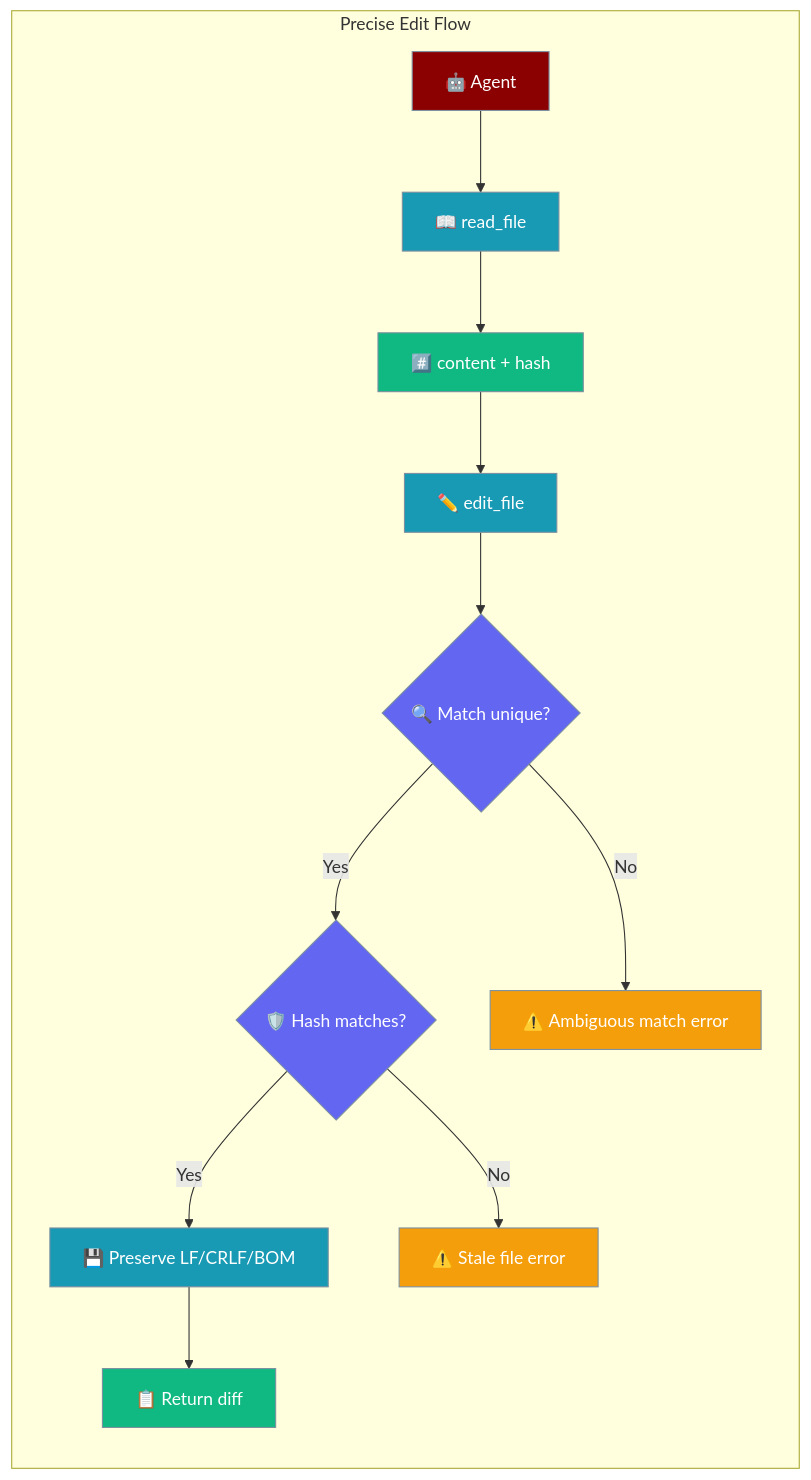
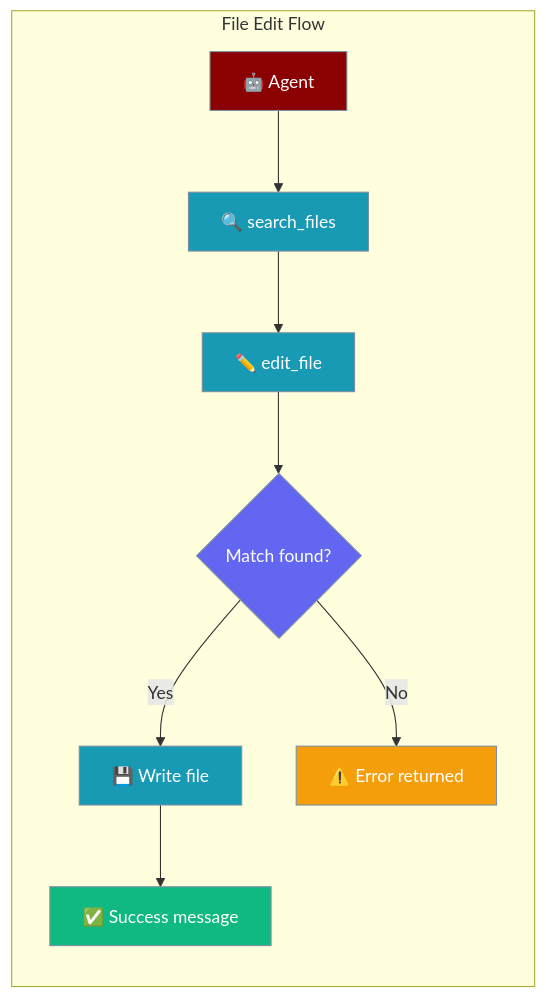
One commit to MervinPraison/PraisonAIDocs changed the first of 2 diagrams in docs/features/file-editing.mdx. Above: the diagram before and after it, drawn with Mermaid. The commit also changed other lines of this file, not shown here.

First line of the commit message:
docs: correct file-editing.mdx to match actual SDK (fixes #666)

````diff
--- a/docs/features/file-editing.mdx
+++ b/docs/features/file-editing.mdx
@@ -10,26 +10,23 @@
 ```mermaid
 graph LR
-    subgraph "Precise Edit Flow"
-        A[🤖 Agent] --> R[📖 read_file]
-        R --> H[#️⃣ content + hash]
-        H --> E[✏️ edit_file]
-        E --> C{🔍 Match unique?}
-        C -->|Yes| HC{🛡️ Hash matches?}
-        C -->|No| AMB[⚠️ Ambiguous match error]
-        HC -->|Yes| W[💾 Preserve LF/CRLF/BOM]
-        HC -->|No| STALE[⚠️ Stale file error]
-        W --> D[📋 Return diff]
+    subgraph "File Edit Flow"
+        A[🤖 Agent] --> S[🔍 search_files]
+        S --> E[✏️ edit_file]
+        E --> C{Match found?}
+        C -->|Yes| W[💾 Write file]
+        C -->|No| ERR[⚠️ Error returned]
+        W --> OK[✅ Success message]
     end
 
     classDef agent fill:#8B0000,stroke:#7C90A0,color:#fff
     classDef step fill:#189AB4,stroke:#7C90A0,color:#fff
     classDef check fill:#6366F1,stroke:#7C90A0,color:#fff
     classDef warn fill:#F59E0B,stroke:#7C90A0,color:#fff
     classDef ok fill:#10B981,stroke:#7C90A0,color:#fff
 
     class A agent
-    class R,E,W step
-    class C,HC check
-    class AMB,STALE warn
-    class H,D ok
+    class S,E,W step
+    class C check
+    class ERR warn
+    class OK ok
 ```
````
